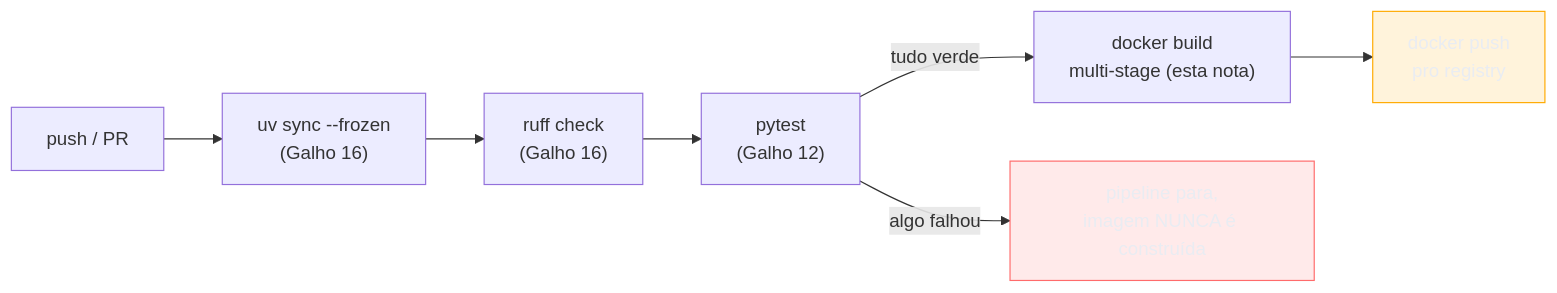
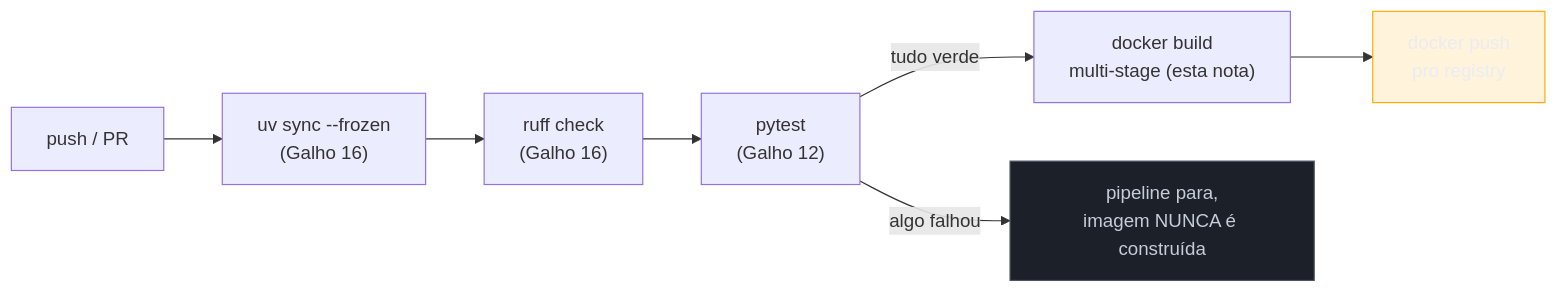
The second of 2 diagrams in 03-Dominios/Tecnologia/Python/Observabilidade e produção/07 - Deploy básico — Dockerfile e CI-CD.md (josenaldo/codex-technomanticus), drawn with Mermaid before and after one commit. The commit also changed 601 other files, not shown here.

````diff
--- a/03-Dominios/Tecnologia/Python/Observabilidade e produção/07 - Deploy básico — Dockerfile e CI-CD.md
+++ b/03-Dominios/Tecnologia/Python/Observabilidade e produção/07 - Deploy básico — Dockerfile e CI-CD.md
@@ -221,14 +221,14 @@
 ```mermaid
 flowchart LR
-    classDef falha fill:#FF6B6B24,stroke:#FF6B6B,color:#E9ECF2
+    classDef neutro fill:#1B2029,stroke:#4E5666,color:#C6CCD8
     classDef destaque fill:#FFAA0024,stroke:#FFAA00,color:#E9ECF2
     A["push / PR"] --> B["uv sync --frozen<br/>(Galho 16)"]
     B --> C["ruff check<br/>(Galho 16)"]
     C --> D["pytest<br/>(Galho 12)"]
     D -->|"tudo verde"| E["docker build<br/>multi-stage (esta nota)"]
     E --> F["docker push<br/>pro registry"]
     D -->|"algo falhou"| G["pipeline para,<br/>imagem NUNCA é construída"]
 
-    class G falha
+    class G neutro
     class F destaque
 ```
````
